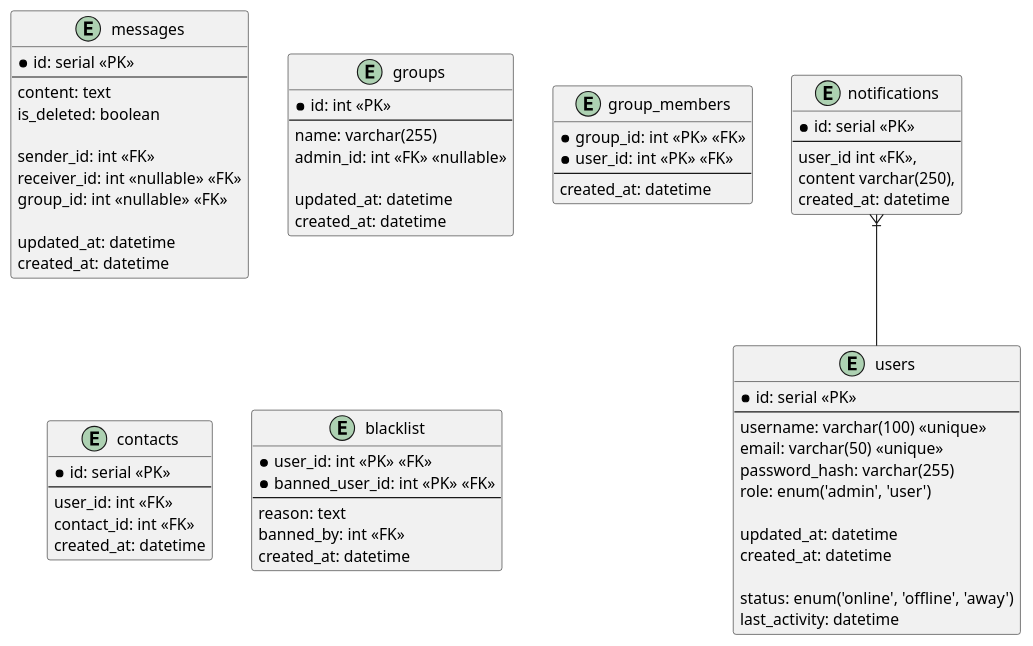
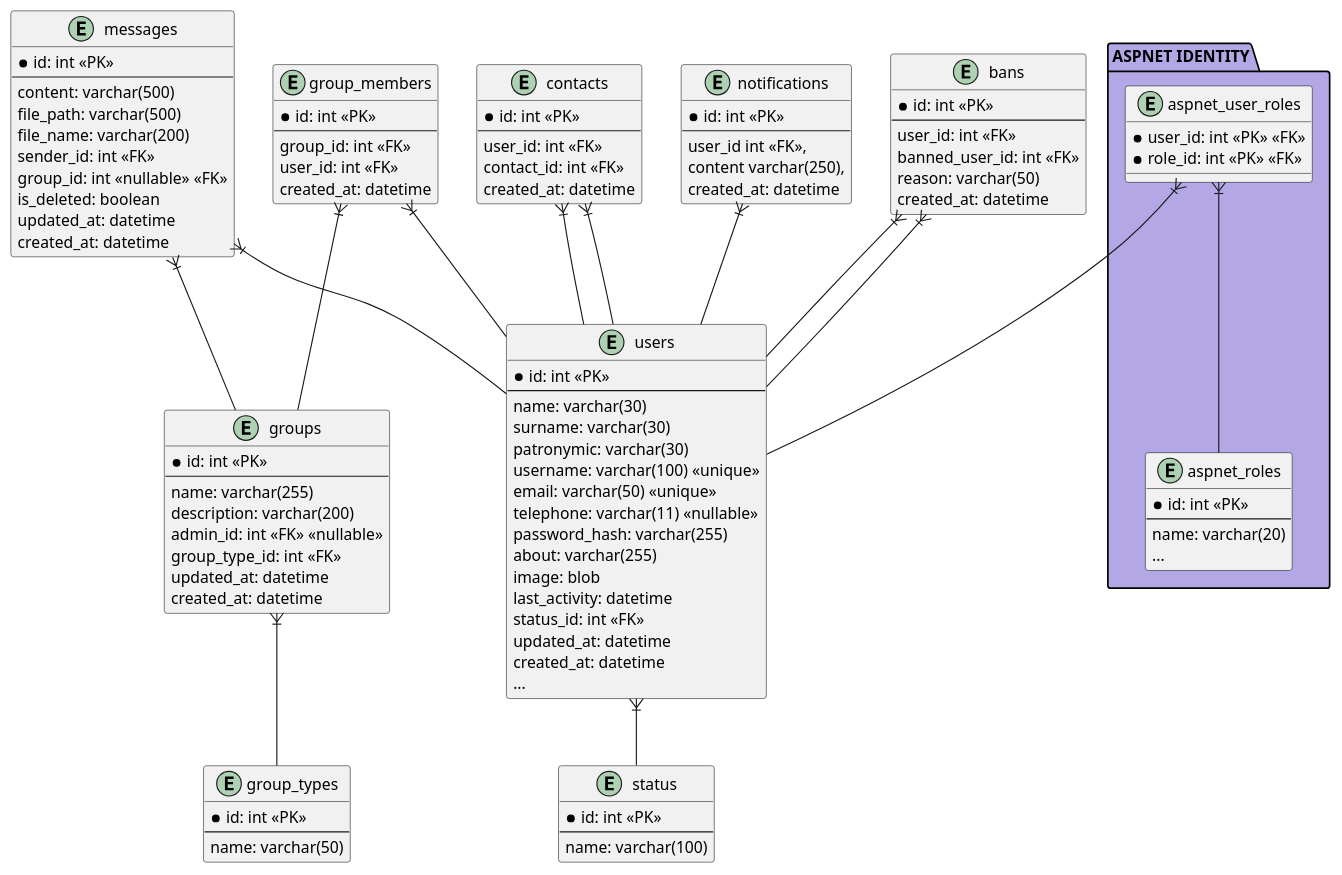
The diagram in PlantUml/DataBase.puml (DmitriyYakubovskiy/WebChat), drawn with PlantUML before and after one commit. The commit also changed 1 other file, not shown here.

```diff
--- a/PlantUml/DataBase.puml
+++ b/PlantUml/DataBase.puml
@@ -1,75 +1,119 @@
 @startuml
 
+package "ASPNET IDENTITY" #B4A7E5 {
+    entity aspnet_roles {
+        *id: int <<PK>>
+        --
+        name: varchar(20)
+        ...
+    }
+
+    entity aspnet_user_roles{
+        *user_id: int <<PK>> <<FK>>
+        *role_id: int <<PK>> <<FK>>
+    }
+}
+
 entity users {
-  *id: serial <<PK>>
-  --
-  username: varchar(100) <<unique>>
-  email: varchar(50) <<unique>>
-  password_hash: varchar(255)
-  role: enum('admin', 'user')
+    *id: int <<PK>>
+    --
+    name: varchar(30)
+    surname: varchar(30)
+    patronymic: varchar(30)
+    username: varchar(100) <<unique>>
+    email: varchar(50) <<unique>>
+    telephone: varchar(11) <<nullable>>
+    password_hash: varchar(255)
+    about: varchar(255)
+    image: blob
+    last_activity: datetime
+    status_id: int <<FK>>
+    updated_at: datetime
+    created_at: datetime
+    ...
+}
 
-  updated_at: datetime
-  created_at: datetime
-
-  status: enum('online', 'offline', 'away')
-  last_activity: datetime
+entity status{
+    *id: int <<PK>>
+    --
+    name: varchar(100)
 }
 
 entity messages {
-  *id: serial <<PK>>
-  --
-  content: text
-  is_deleted: boolean
-
-  sender_id: int <<FK>>
-  receiver_id: int <<nullable>> <<FK>>
-  group_id: int <<nullable>> <<FK>>
-
-  updated_at: datetime
-  created_at: datetime
+    *id: int <<PK>>
+    --
+    content: varchar(500)
+    file_path: varchar(500)
+    file_name: varchar(200)
+    sender_id: int <<FK>>
+    group_id: int <<nullable>> <<FK>>
+    is_deleted: boolean
+    updated_at: datetime
+    created_at: datetime
 }
 
 entity groups {
-  *id: int <<PK>>
-  --
-  name: varchar(255)
-  admin_id: int <<FK>> <<nullable>>
-
-  updated_at: datetime
-  created_at: datetime
+    *id: int <<PK>>
+    --
+    name: varchar(255)
+    description: varchar(200)
+    admin_id: int <<FK>> <<nullable>>
+    group_type_id: int <<FK>>
+    updated_at: datetime
+    created_at: datetime
 }
 
 entity group_members {
-  *group_id: int <<PK>> <<FK>>
-  *user_id: int <<PK>> <<FK>>
-  --
-  created_at: datetime
+    *id: int <<PK>>
+    --
+    group_id: int <<FK>>
+    user_id: int <<FK>>
+    created_at: datetime
+}
+
+entity group_types {
+    *id: int <<PK>>
+    --
+    name: varchar(50)
 }
 
 entity contacts {
-  *id: serial <<PK>>
-  --
-  user_id: int <<FK>>
-  contact_id: int <<FK>>
-  created_at: datetime
+    *id: int <<PK>>
+    --
+    user_id: int <<FK>>
+    contact_id: int <<FK>>
+    created_at: datetime
 }
 
 entity notifications {
-    *id: serial <<PK>>
+    *id: int <<PK>>
     --
     user_id int <<FK>>,
     content varchar(250),
     created_at: datetime
 }
 
-entity blacklist {
-  *user_id: int <<PK>> <<FK>>
-  *banned_user_id: int <<PK>> <<FK>>
-  --
-  reason: text
-  banned_by: int <<FK>>
-  created_at: datetime
+entity bans {
+    *id: int <<PK>>
+    --
+    user_id: int <<FK>>
+    banned_user_id: int <<FK>>
+    reason: varchar(50)
+    created_at: datetime
 }
 
+aspnet_user_roles }|-- aspnet_roles
+aspnet_user_roles }|-- users
 notifications }|-- users
+group_members }|-- users
+contacts }|-- users
+contacts }|-- users
+messages }|-- users
+bans }|-- users
+bans }|-- users
+users }|-- status
+group_members }|-- groups
+groups }|-- group_types
+messages }|-- groups
+
 @enduml
```
